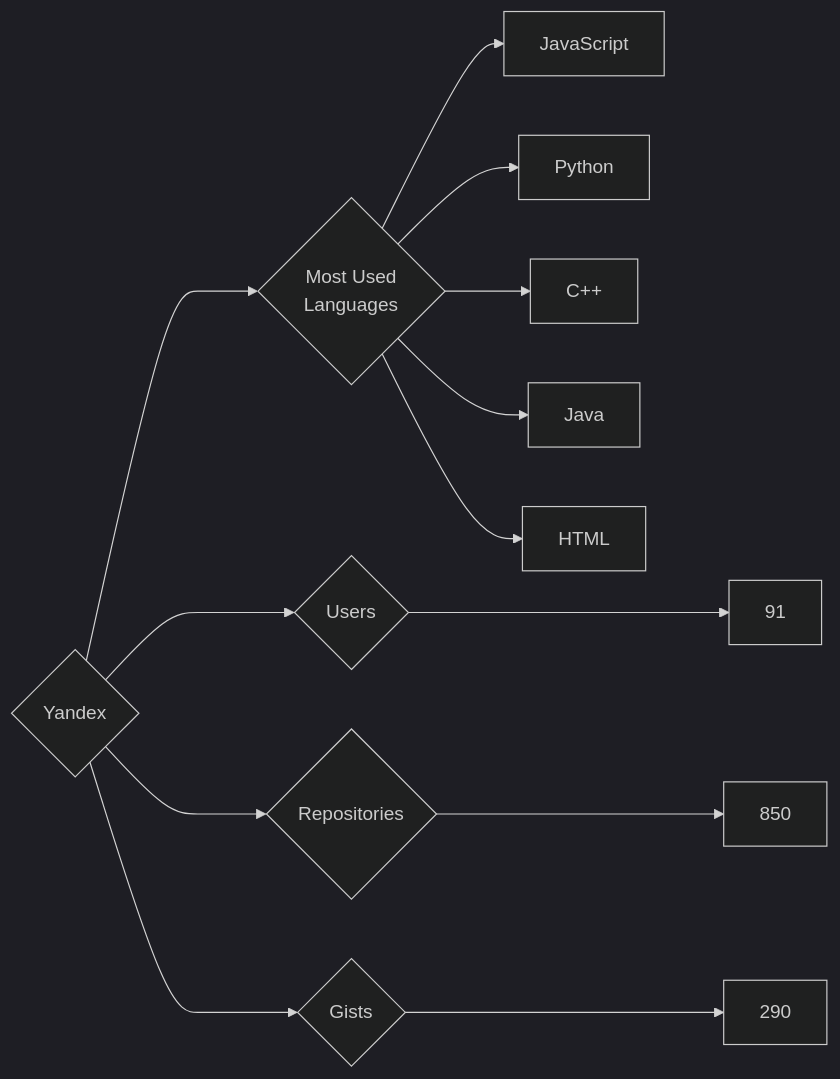
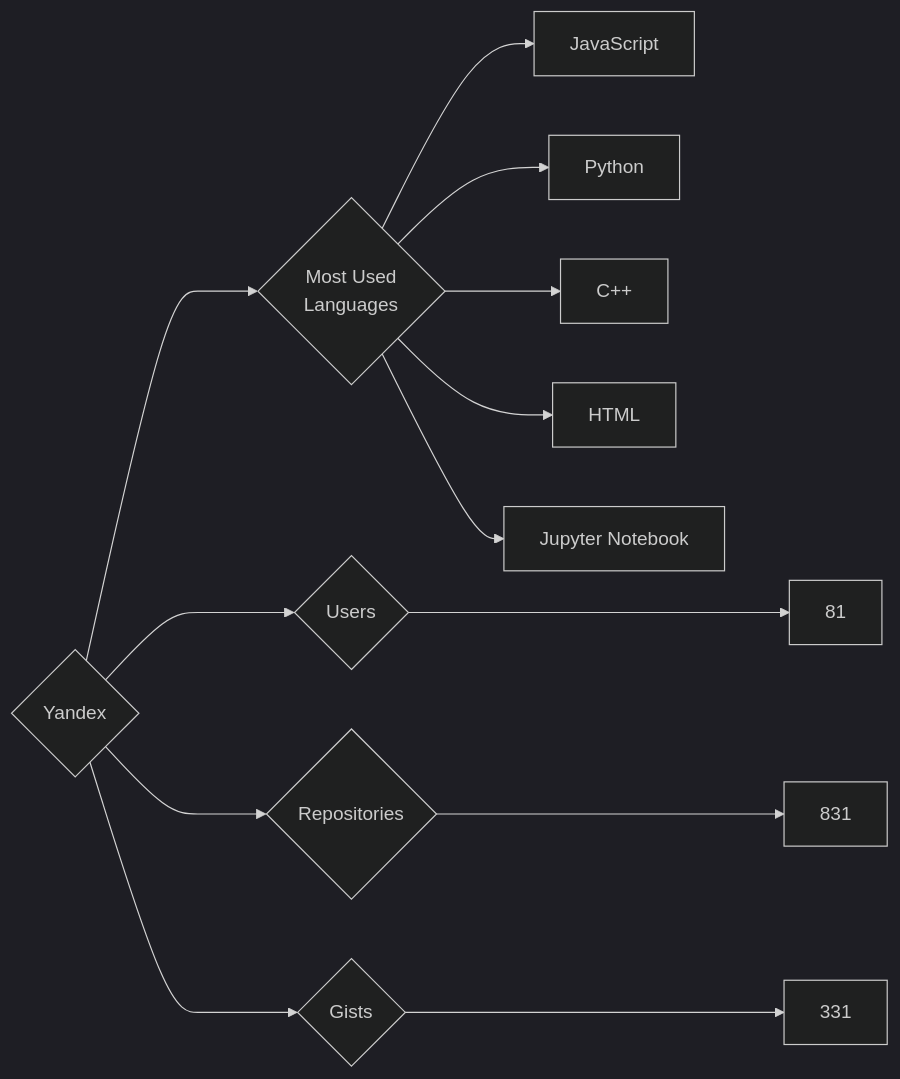
The diagram in targets/Yandex/README.md (trickest/insiders), drawn with Mermaid (dark theme) before and after one commit. The commit also changed 715 other files, not shown here.

````diff
--- a/targets/Yandex/README.md
+++ b/targets/Yandex/README.md
@@ -3,13 +3,13 @@
 ```mermaid
 graph LR
 COMPANY_NAME{Yandex}
-COMPANY_NAME ---> U{Users} ---> UN[91]
-COMPANY_NAME ---> R{Repositories} ---> RN[850]
-COMPANY_NAME ---> G{Gists} ---> GN[290]
+COMPANY_NAME ---> U{Users} ---> UN[81]
+COMPANY_NAME ---> R{Repositories} ---> RN[831]
+COMPANY_NAME ---> G{Gists} ---> GN[331]
 COMPANY_NAME ---> ML{Most Used<br>Languages}
 ML --> JavaScript[JavaScript]
 ML --> Python[Python]
 ML --> C++[C++]
-ML --> Java[Java]
 ML --> HTML[HTML]
+ML --> Jupyter_Notebook[Jupyter Notebook]
 ```
````
